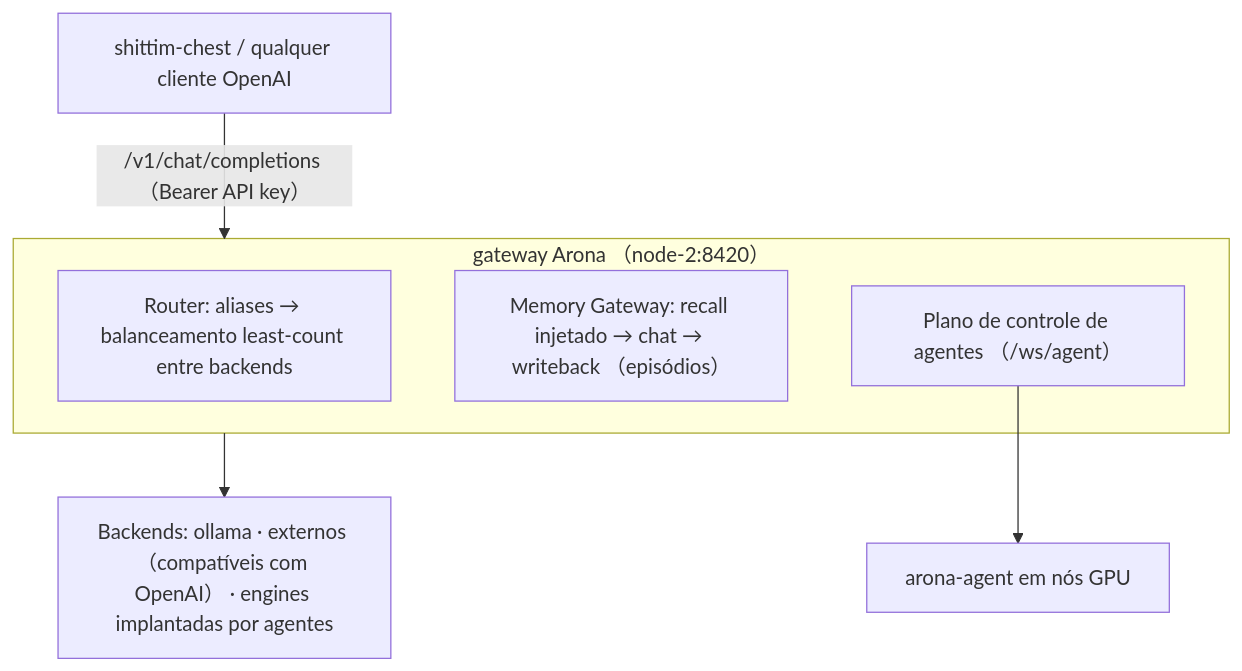
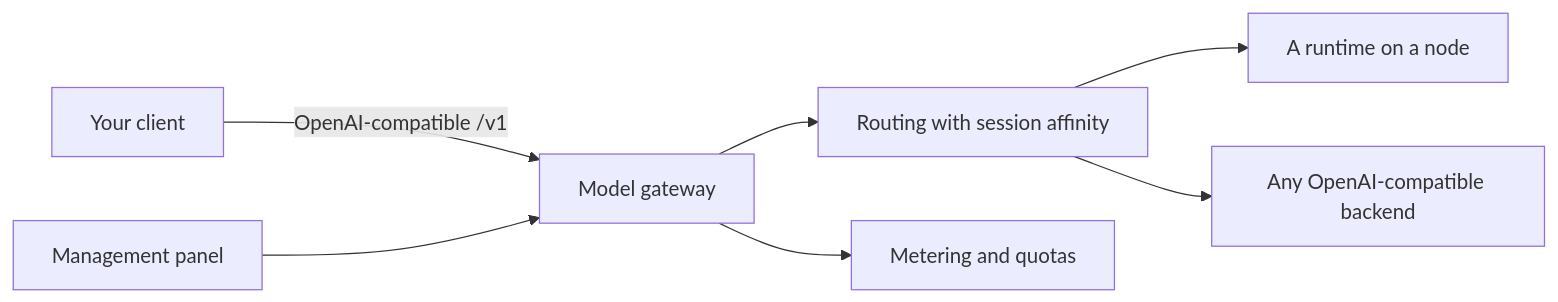
Before and after one commit to celestia-island/docs.celestia.world: the diagram in docs/pt/platforms/arona.md, drawn with Mermaid. The commit also changed other lines of this file and 198 other files, not shown here.

First line of the commit message:
📝 Retire dated roadmap and unpublished internals from the public hub. (#103)

````diff
--- a/docs/pt/platforms/arona.md
+++ b/docs/pt/platforms/arona.md
@@ -12,12 +10,9 @@
 ```mermaid
-flowchart TD
-    C["shittim-chest / qualquer cliente OpenAI"]
-    subgraph G["gateway Arona （node-2:8420）"]
-        N0["Router: aliases → balanceamento least-count entre backends"]
-        N1["Memory Gateway: recall injetado → chat → writeback （episódios）"]
-        N2["Plano de controle de agentes （/ws/agent）"]
-    end
-    C -->|"/v1/chat/completions （Bearer API key）"| G
-    N2 --> T["arona-agent em nós GPU"]
-    G --> B["Backends: ollama · externos （compatíveis com OpenAI） · engines implantadas por agentes"]
+flowchart LR
+    C["Your client"] -->|"OpenAI-compatible /v1"| G["Model gateway"]
+    P["Management panel"] --> G
+    G --> R["Routing with session affinity"]
+    R --> B1["A runtime on a node"]
+    R --> B2["Any OpenAI-compatible backend"]
+    G --> M["Metering and quotas"]
 ```
````
